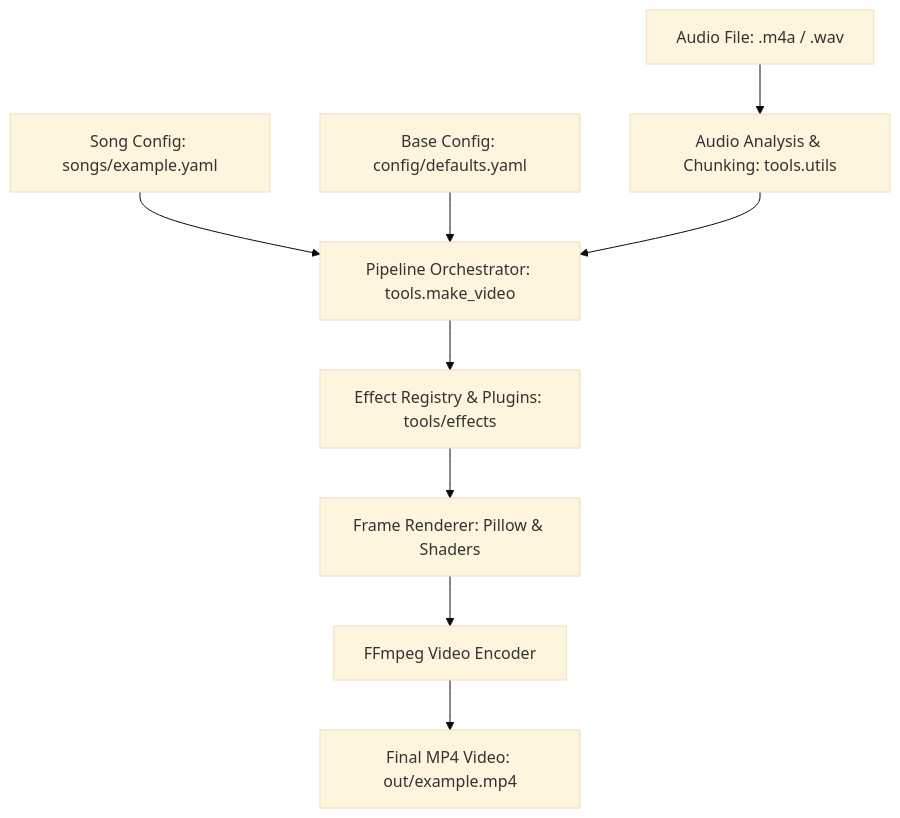
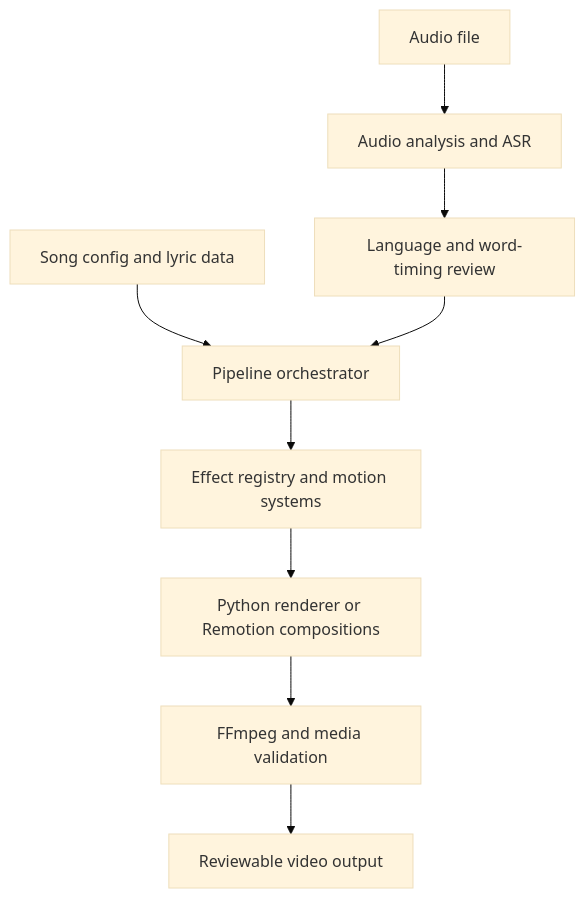
Before and after one commit to virtuewise/virtuemotif: the diagram in README.md, drawn with Mermaid (base theme). The commit also changed other lines of this file, not shown here.

Commit message:
docs: add playground playbook and Horizon Remotion test to README (#113)

````diff
--- a/README.md
+++ b/README.md
@@ -14,11 +182,11 @@
 ```mermaid
 flowchart TD
-    A[Song Config: songs/example.yaml] --> B[Pipeline Orchestrator: tools.make_video]
-    C[Base Config: config/defaults.yaml] --> B
-    D[Audio File: .m4a / .wav] --> E[Audio Analysis & Chunking: tools.utils]
+    A[Song config and lyric data] --> B[Pipeline orchestrator]
+    C[Audio file] --> D[Audio analysis and ASR]
+    D --> E[Language and word-timing review]
     E --> B
-    B --> F[Effect Registry & Plugins: tools/effects]
-    F --> G[Frame Renderer: Pillow & Shaders]
-    G --> H[FFmpeg Video Encoder]
-    H --> I[Final MP4 Video: out/example.mp4]
+    B --> F[Effect registry and motion systems]
+    F --> G[Python renderer or Remotion compositions]
+    G --> H[FFmpeg and media validation]
+    H --> I[Reviewable video output]
 ```
````
